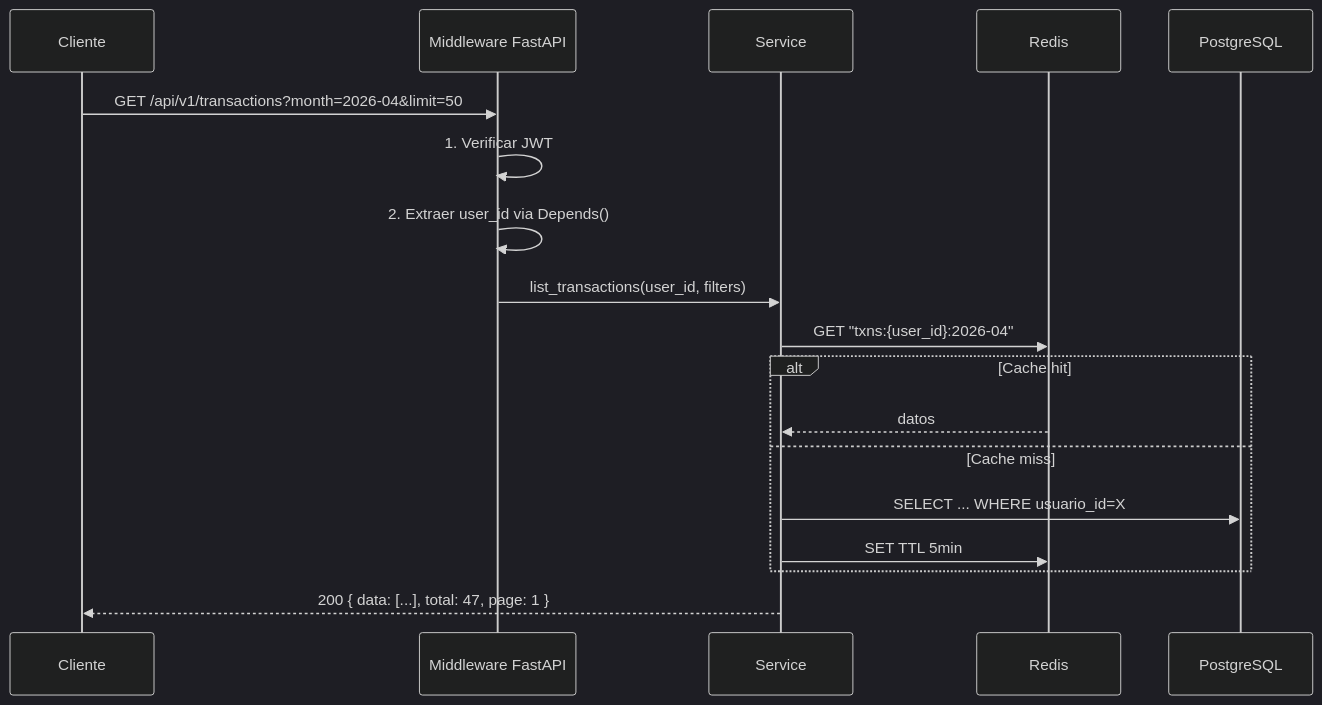
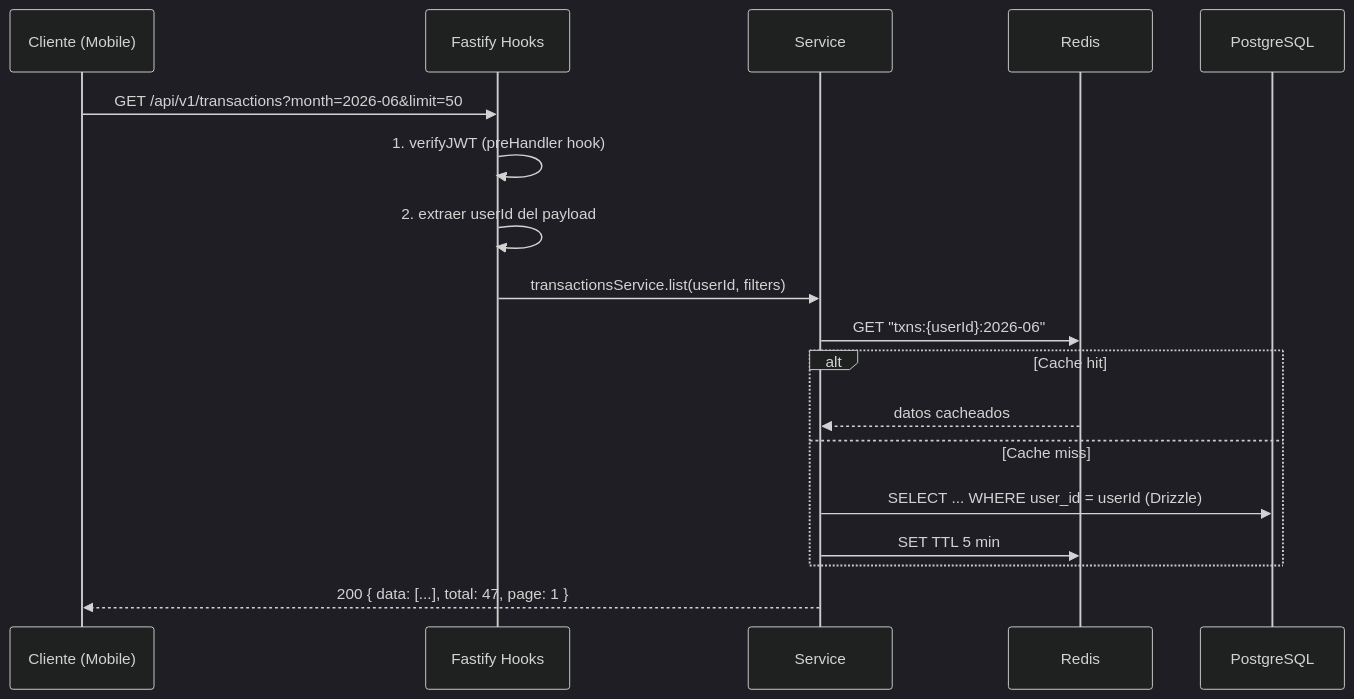
The first of 3 diagrams in arquitectura/api-design.md (root-jeff/Sotang-Documentation), drawn with Mermaid (dark theme) before and after one commit. The commit also changed other lines of this file and 17 other files, not shown here.

````diff
--- a/arquitectura/api-design.md
+++ b/arquitectura/api-design.md
@@ -25,21 +27,21 @@
 ```mermaid
 sequenceDiagram
-    participant C as Cliente
-    participant MW as Middleware FastAPI
+    participant C as Cliente (Mobile)
+    participant MW as Fastify Hooks
     participant S as Service
     participant CACHE as Redis
     participant DB as PostgreSQL
 
-    C->>MW: GET /api/v1/transactions?month=2026-04&limit=50
-    MW->>MW: 1. Verificar JWT
-    MW->>MW: 2. Extraer user_id via Depends()
-    MW->>S: list_transactions(user_id, filters)
-    S->>CACHE: GET "txns:{user_id}:2026-04"
+    C->>MW: GET /api/v1/transactions?month=2026-06&limit=50
+    MW->>MW: 1. verifyJWT (preHandler hook)
+    MW->>MW: 2. extraer userId del payload
+    MW->>S: transactionsService.list(userId, filters)
+    S->>CACHE: GET "txns:{userId}:2026-06"
     alt Cache hit
-        CACHE-->>S: datos
+        CACHE-->>S: datos cacheados
     else Cache miss
-        S->>DB: SELECT ... WHERE usuario_id=X
-        S->>CACHE: SET TTL 5min
+        S->>DB: SELECT ... WHERE user_id = userId (Drizzle)
+        S->>CACHE: SET TTL 5 min
     end
     S-->>C: 200 { data: [...], total: 47, page: 1 }
 ```
````
